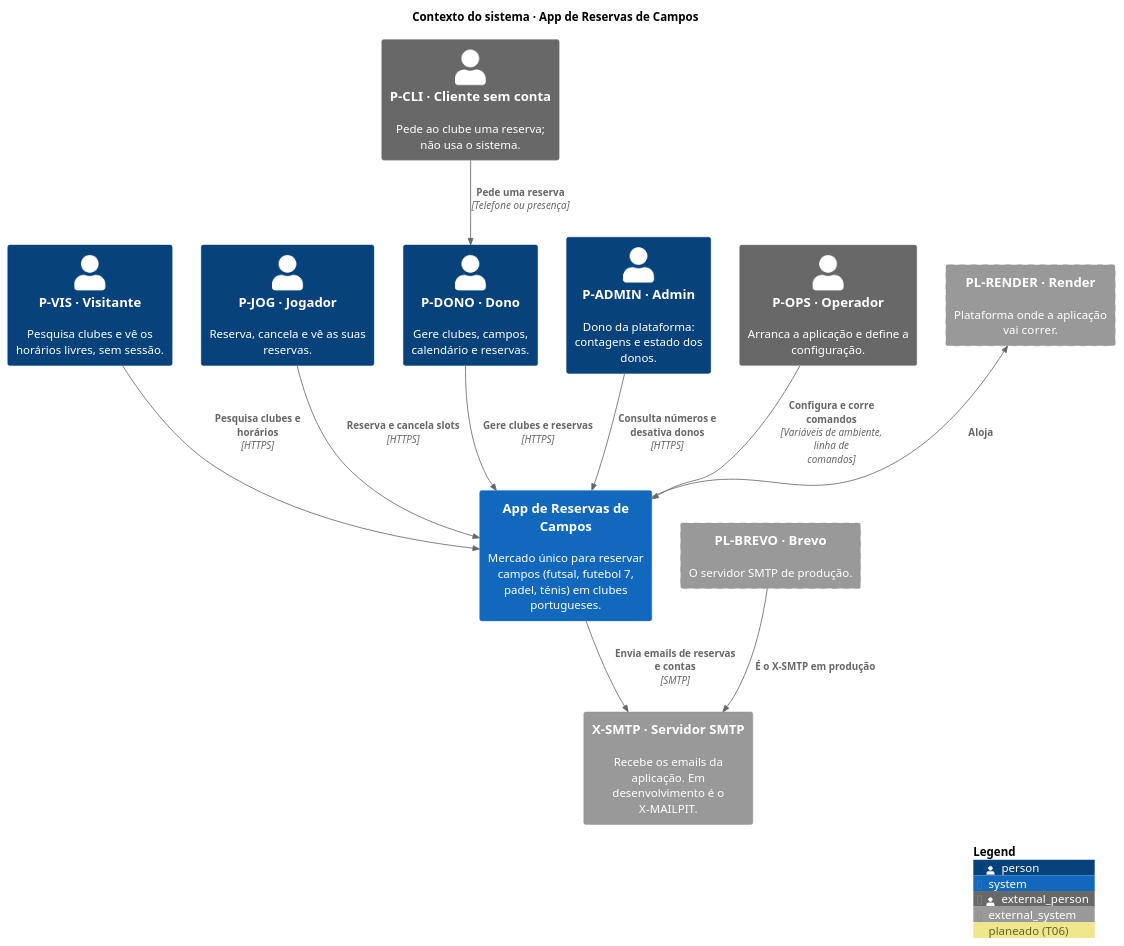
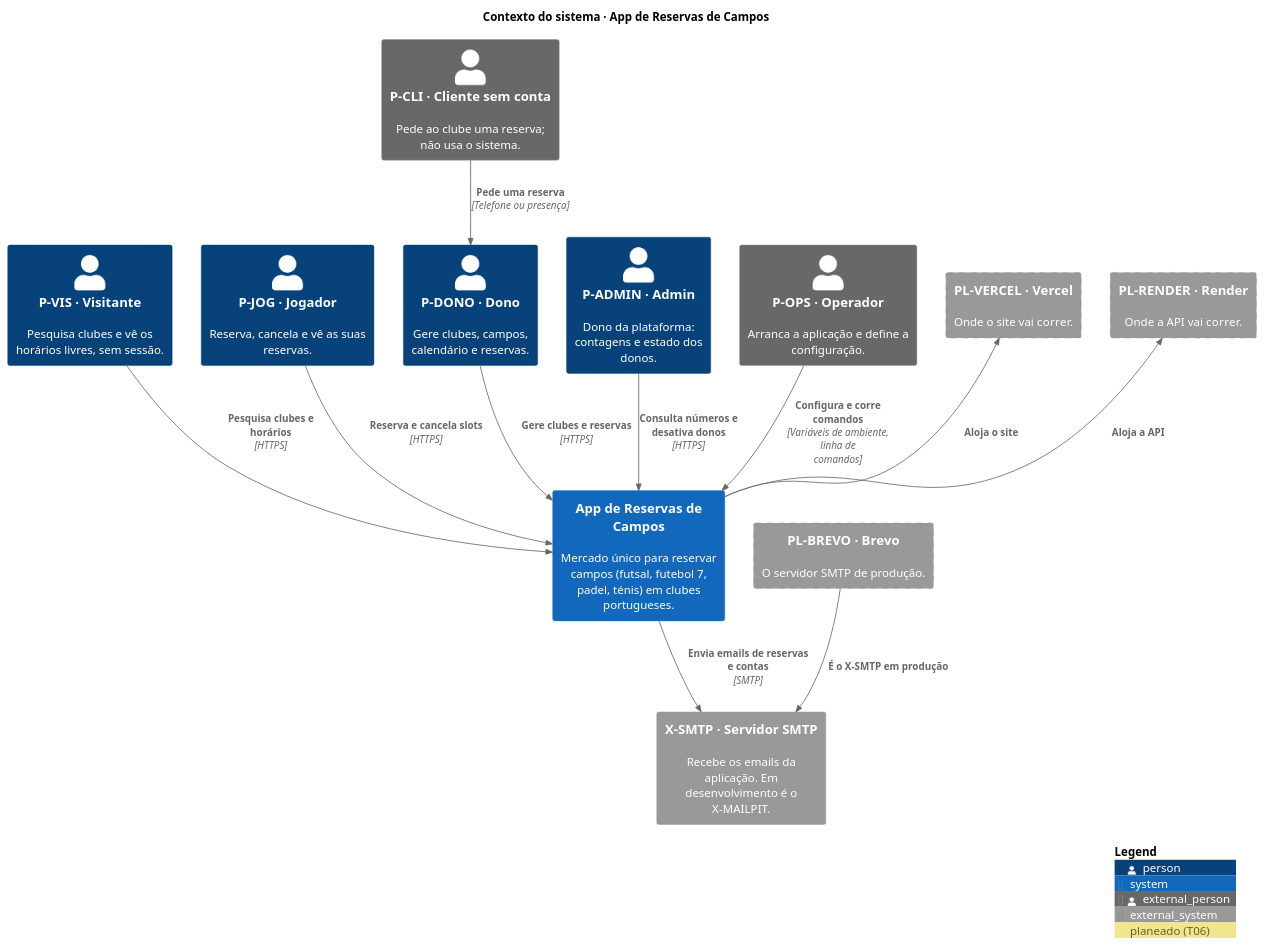
Before and after one commit to rodrigo4sousa/SportsEstablishments: the diagram in docs/architecture/diagrams/01-context.puml, drawn with PlantUML. The commit also changed 53 other files, not shown here.

First line of the commit message:
feat(T06): deployment to Vercel and Render

```diff
--- a/docs/architecture/diagrams/01-context.puml
+++ b/docs/architecture/diagrams/01-context.puml
@@ -2,34 +2,36 @@
 @startuml 01-context
 !include <C4/C4_Context>
 
 title Contexto do sistema · App de Reservas de Campos
 
 LAYOUT_TOP_DOWN()
 HIDE_STEREOTYPE()
 AddElementTag("planeado", $borderStyle=DashedLine(), $legendText="planeado (T06)")
 
 Person(P_VIS, "P-VIS · Visitante", "Pesquisa clubes e vê os horários livres, sem sessão.")
 Person(P_JOG, "P-JOG · Jogador", "Reserva, cancela e vê as suas reservas.")
 Person(P_DONO, "P-DONO · Dono", "Gere clubes, campos, calendário e reservas.")
 Person(P_ADMIN, "P-ADMIN · Admin", "Dono da plataforma: contagens e estado dos donos.")
 Person_Ext(P_CLI, "P-CLI · Cliente sem conta", "Pede ao clube uma reserva; não usa o sistema.")
 Person_Ext(P_OPS, "P-OPS · Operador", "Arranca a aplicação e define a configuração.")
 
 System(SYS, "App de Reservas de Campos", "Mercado único para reservar campos (futsal, futebol 7, padel, ténis) em clubes portugueses.")
 
 System_Ext(X_SMTP, "X-SMTP · Servidor SMTP", "Recebe os emails da aplicação. Em desenvolvimento é o X-MAILPIT.")
 System_Ext(PL_BREVO, "PL-BREVO · Brevo", "O servidor SMTP de produção.", $tags="planeado")
-System_Ext(PL_RENDER, "PL-RENDER · Render", "Plataforma onde a aplicação vai correr.", $tags="planeado")
+System_Ext(PL_VERCEL, "PL-VERCEL · Vercel", "Onde o site vai correr.", $tags="planeado")
+System_Ext(PL_RENDER, "PL-RENDER · Render", "Onde a API vai correr.", $tags="planeado")
 
 Rel(P_VIS, SYS, "Pesquisa clubes e horários", "HTTPS")
 Rel(P_JOG, SYS, "Reserva e cancela slots", "HTTPS")
 Rel(P_DONO, SYS, "Gere clubes e reservas", "HTTPS")
 Rel(P_ADMIN, SYS, "Consulta números e desativa donos", "HTTPS")
 Rel(P_CLI, P_DONO, "Pede uma reserva", "Telefone ou presença")
 Rel(P_OPS, SYS, "Configura e corre comandos", "Variáveis de ambiente, linha de comandos")
 Rel(SYS, X_SMTP, "Envia emails de reservas e contas", "SMTP")
 Rel(PL_BREVO, X_SMTP, "É o X-SMTP em produção", "")
-Rel_Back(PL_RENDER, SYS, "Aloja", "")
+Rel_Back(PL_VERCEL, SYS, "Aloja o site", "")
+Rel_Back(PL_RENDER, SYS, "Aloja a API", "")
 
 SHOW_LEGEND()
 @enduml
```
